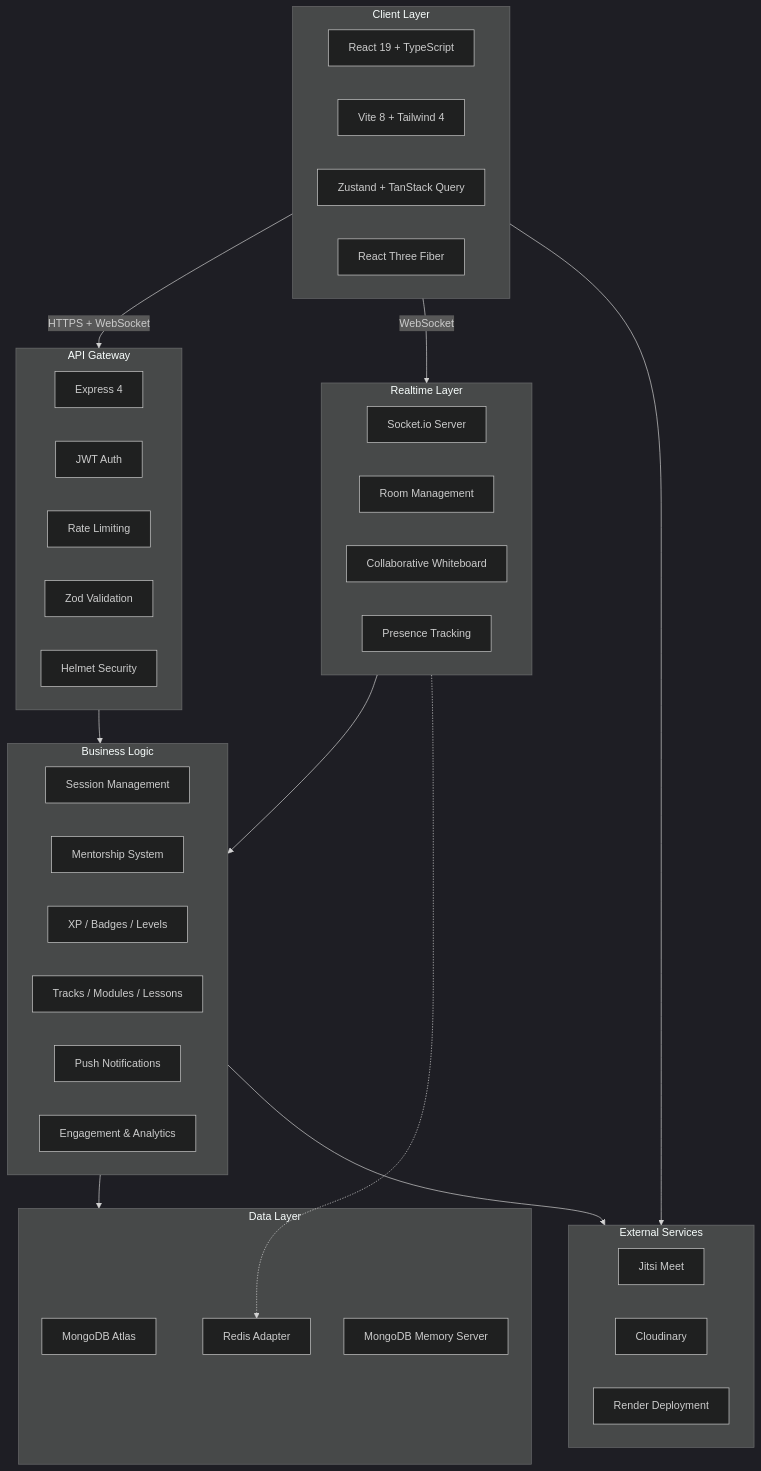
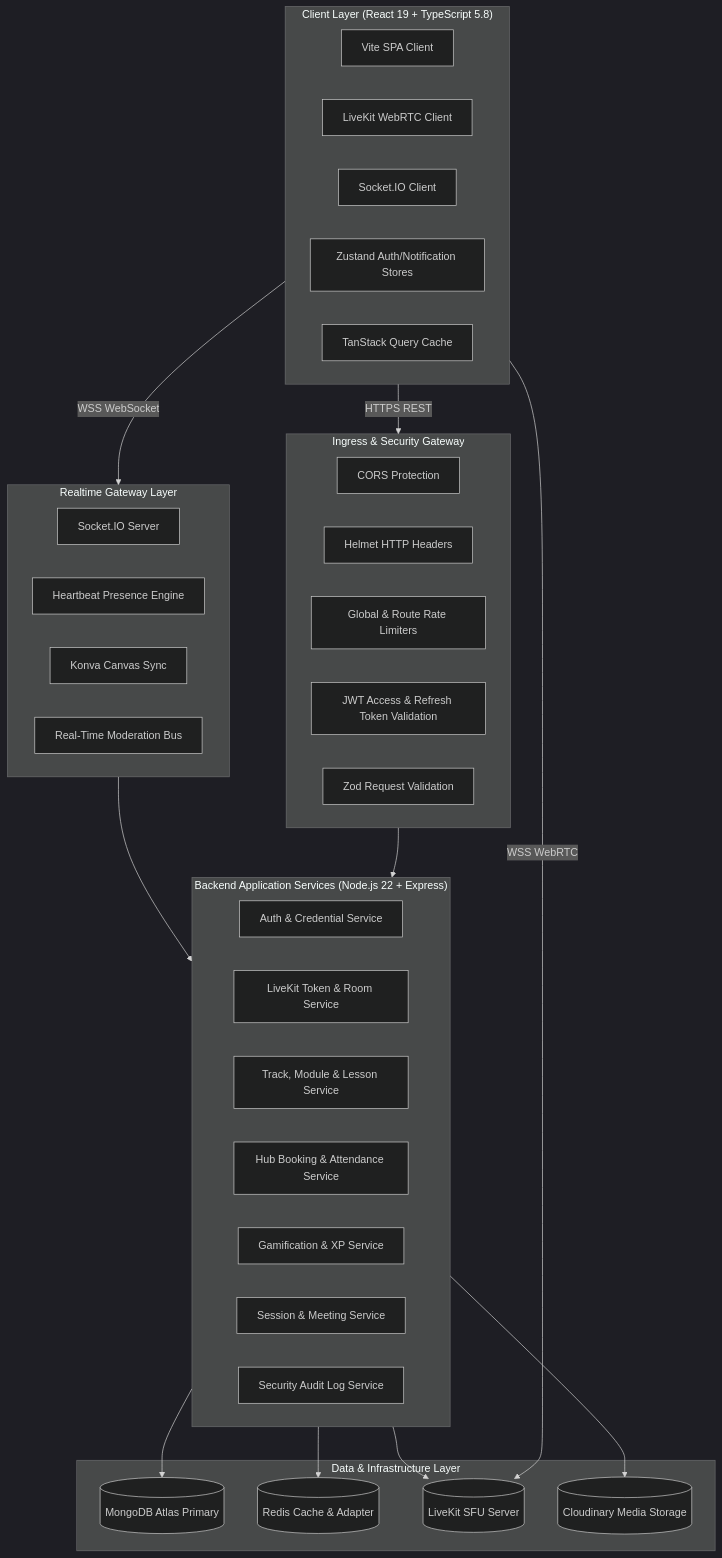
Before and after one commit to Bedru-Mekiyu/ethio-tech-platform: the third of 3 diagrams in README.md, drawn with Mermaid (dark theme). The commit also changed other lines of this file and 6 other files, not shown here.

Commit message:
docs(core): reconstruct comprehensive production documentation and architecture guides

````diff
--- a/README.md
+++ b/README.md
@@ -188,54 +168,54 @@
 ```mermaid
 flowchart TB
-    subgraph Client["Client Layer"]
-        REACT["React 19 + TypeScript"]
-        VITE["Vite 8 + Tailwind 4"]
-        ZUSTAND["Zustand + TanStack Query"]
-        FIBER["React Three Fiber"]
+    subgraph ClientTier["Client Layer (React 19 + TypeScript 5.8)"]
+        SPA["Vite SPA Client"]
+        LK_CLIENT["LiveKit WebRTC Client"]
+        WS_CLIENT["Socket.IO Client"]
+        STORE["Zustand Auth/Notification Stores"]
+        QUERY["TanStack Query Cache"]
     end
 
-    subgraph Gateway["API Gateway"]
-        EXPRESS["Express 4"]
-        JWT["JWT Auth"]
-        RATE["Rate Limiting"]
-        ZOD["Zod Validation"]
-        HELMET["Helmet Security"]
+    subgraph IngressTier["Ingress & Security Gateway"]
+        CORS["CORS Protection"]
+        HELMET["Helmet HTTP Headers"]
+        RATE["Global & Route Rate Limiters"]
+        JWT_AUTH["JWT Access & Refresh Token Validation"]
+        ZOD["Zod Request Validation"]
     end
 
-    subgraph Realtime["Realtime Layer"]
-        SOCKET["Socket.io Server"]
-        ROOM["Room Management"]
-        WHITEBOARD["Collaborative Whiteboard"]
-        PRESENCE["Presence Tracking"]
+    subgraph ServiceTier["Backend Application Services (Node.js 22 + Express)"]
+        AUTH_SRV["Auth & Credential Service"]
+        LK_SRV["LiveKit Token & Room Service"]
+        CMS_SRV["Track, Module & Lesson Service"]
+        HUB_SRV["Hub Booking & Attendance Service"]
+        XP_SRV["Gamification & XP Service"]
+        SESSION_SRV["Session & Meeting Service"]
+        AUDIT_SRV["Security Audit Log Service"]
     end
 
-    subgraph Services["Business Logic"]
-        SESSIONS["Session Management"]
-        MENTORSHIP["Mentorship System"]
-        GAMIFICATION["XP / Badges / Levels"]
-        LEARNING["Tracks / Modules / Lessons"]
-        NOTIFICATIONS["Push Notifications"]
-        ANALYTICS["Engagement & Analytics"]
+    subgraph RealtimeTier["Realtime Gateway Layer"]
+        IO_SERVER["Socket.IO Server"]
+        PRESENCE["Heartbeat Presence Engine"]
+        WHITEBOARD["Konva Canvas Sync"]
+        MODERATION["Real-Time Moderation Bus"]
     end
 
-    subgraph Data["Data Layer"]
-        MONGO["MongoDB Atlas"]
-        REDIS["Redis Adapter"]
-        MONGO_MEM["MongoDB Memory Server"]
+    subgraph PersistenceTier["Data & Infrastructure Layer"]
+        MONGO[("MongoDB Atlas Primary")]
+        REDIS[("Redis Cache & Adapter")]
+        LK_SFU[("LiveKit SFU Server")]
+        CDN[("Cloudinary Media Storage")]
     end
 
-    subgraph External["External Services"]
-        JITSI["Jitsi Meet"]
-        CLOUDINARY["Cloudinary"]
-        RENDER["Render Deployment"]
-    end
+    ClientTier -->|HTTPS REST| IngressTier
+    ClientTier -->|WSS WebRTC| LK_SFU
+    ClientTier -->|WSS WebSocket| RealtimeTier
 
-    Client -->|HTTPS + WebSocket| Gateway
-    Client -->|WebSocket| Realtime
-    Gateway --> Services
-    Realtime --> Services
-    Services --> Data
-    Realtime -.-> REDIS
-    Services --> External
-    Client --> External
+    IngressTier --> ServiceTier
+    RealtimeTier --> ServiceTier
+
+    ServiceTier --> MONGO
+    ServiceTier --> REDIS
+    ServiceTier --> LK_SFU
+    ServiceTier --> CDN
 ```
````
